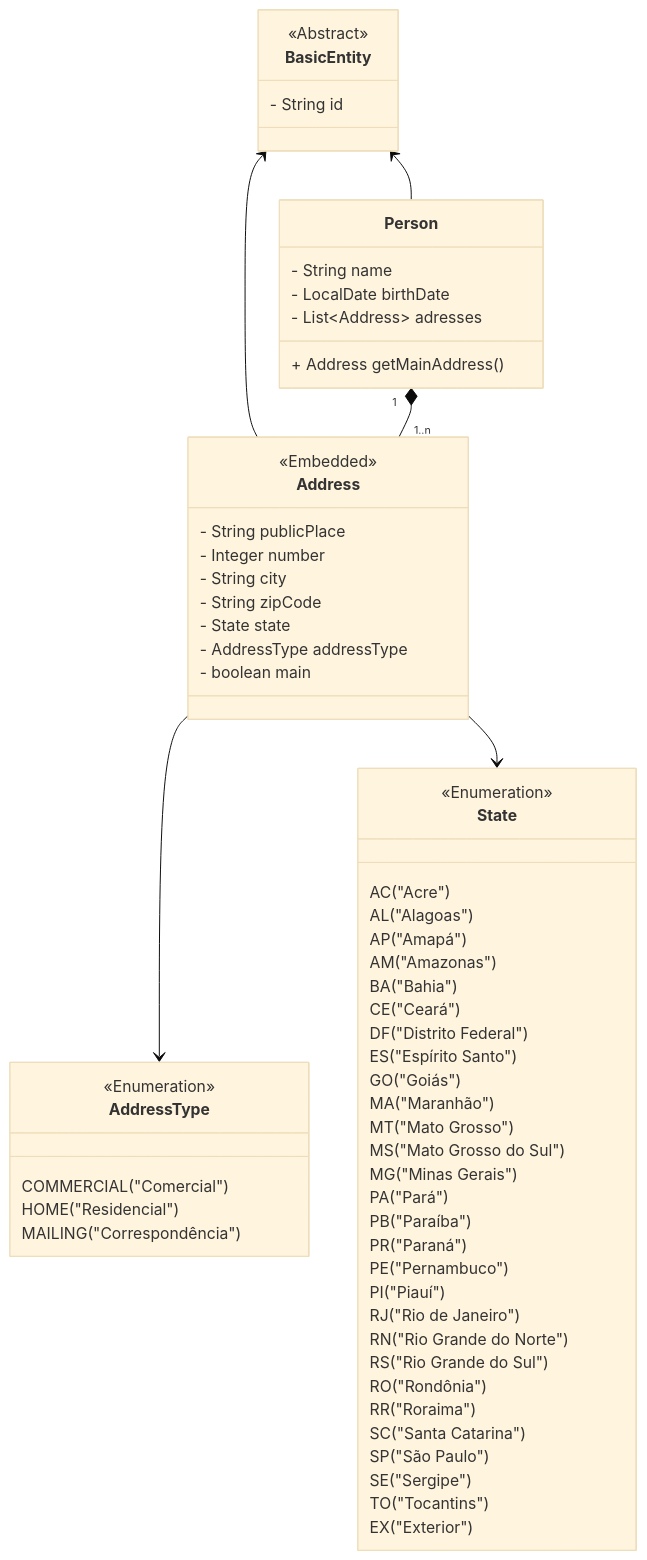
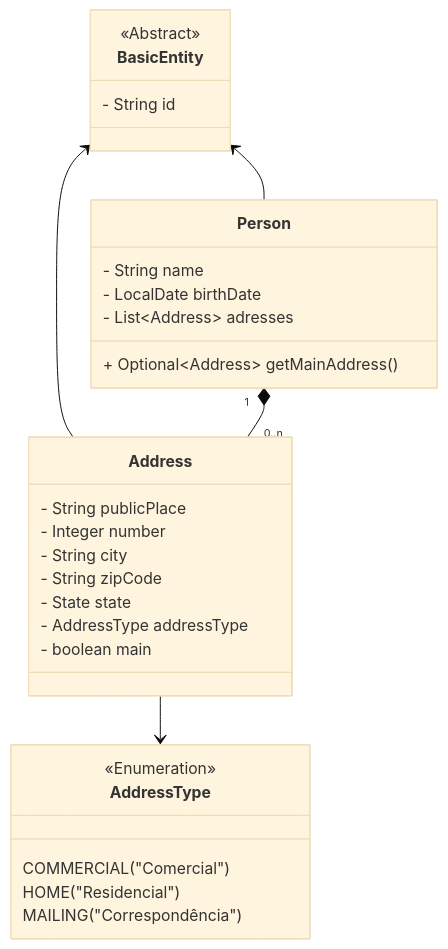
One commit to didifive/peoplehub changed the diagram in README.md. Above: the diagram before and after it, drawn with Mermaid (base theme). The commit also changed other lines of this file and 13 other files, not shown here.

````diff
--- a/README.md
+++ b/README.md
@@ -43,70 +43,36 @@
 ```mermaid
 classDiagram
     class BasicEntity {
         <<Abstract>>
         - String id
     }
 
     class Person {
         - String name
         - LocalDate birthDate
         - List~Address~ adresses
-        + Address getMainAddress()
+        + Optional~Address~ getMainAddress()
     }
 
     class Address {
-        <<Embedded>>
         - String publicPlace
         - Integer number
         - String city
         - String zipCode
         - State state
         - AddressType addressType
         - boolean main
     }
 
     class AddressType {
         <<Enumeration>>
         COMMERCIAL("Comercial")
         HOME("Residencial")
         MAILING("Correspondência")
     }
 
-    class State {
-        <<Enumeration>>
-        AC("Acre")
-        AL("Alagoas")
-        AP("Amapá")
-        AM("Amazonas")
-        BA("Bahia")
-        CE("Ceará")
-        DF("Distrito Federal")
-        ES("Espírito Santo")
-        GO("Goiás")
-        MA("Maranhão")
-        MT("Mato Grosso")
-        MS("Mato Grosso do Sul")
-        MG("Minas Gerais")
-        PA("Pará")
-        PB("Paraíba")
-        PR("Paraná")
-        PE("Pernambuco")
-        PI("Piauí")
-        RJ("Rio de Janeiro")
-        RN("Rio Grande do Norte")
-        RS("Rio Grande do Sul")
-        RO("Rondônia")
-        RR("Roraima")
-        SC("Santa Catarina")
-        SP("São Paulo")
-        SE("Sergipe")
-        TO("Tocantins")
-        EX("Exterior")
-    }
-
     BasicEntity <-- Person
     BasicEntity <-- Address
-    Person "1" *-- "1..n" Address
+    Person "1" *-- "0..n" Address
     Address --> AddressType
-    Address --> State
 ``` 
````
